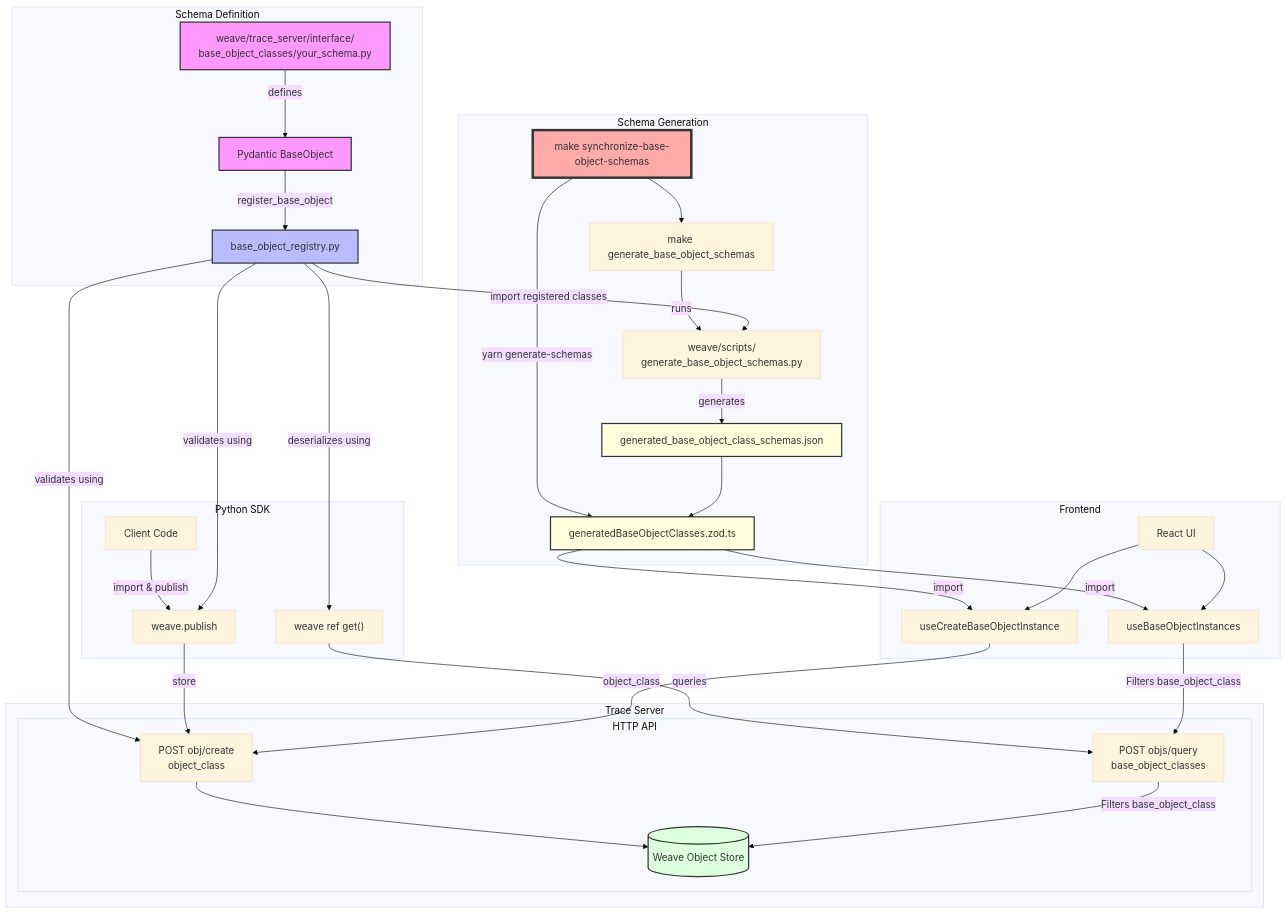
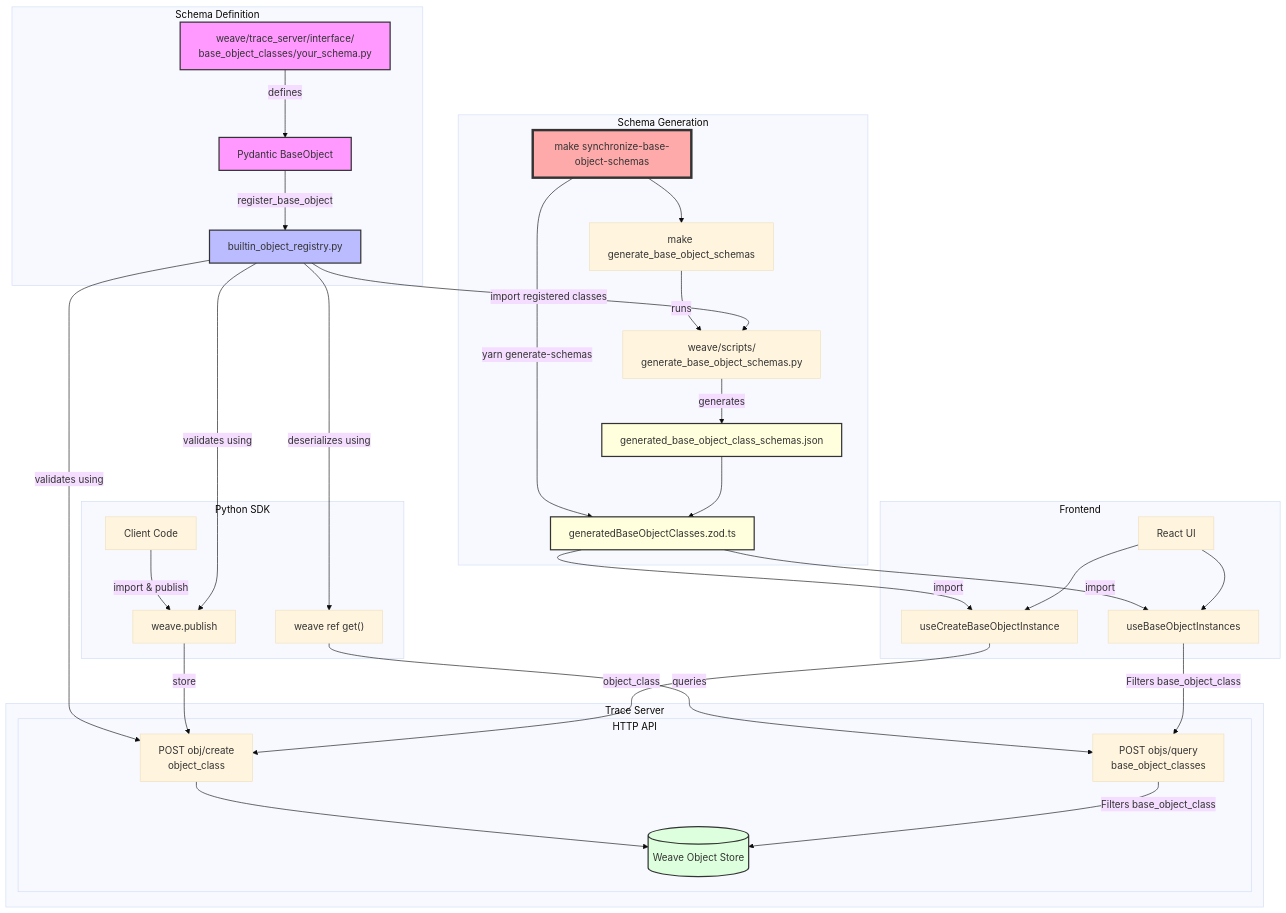
One commit to wandb/weave changed the diagram in dev_docs/BaseObjectClasses.md. Above: the diagram before and after it, drawn with Mermaid (base theme). The commit also changed other lines of this file and 6 other files, not shown here.

Commit message:
change to BUILTIN_OBJECT_REGISTRY

````diff
--- a/dev_docs/BaseObjectClasses.md
+++ b/dev_docs/BaseObjectClasses.md
@@ -170,49 +170,49 @@
 ```mermaid
 graph TD
     subgraph Schema Definition
         F["weave/trace_server/interface/<br>base_object_classes/your_schema.py"] --> |defines| P[Pydantic BaseObject]
-        P --> |register_base_object| R["base_object_registry.py"]
+        P --> |register_base_object| R["builtin_object_registry.py"]
     end
 
     subgraph Schema Generation
         M["make synchronize-base-object-schemas"] --> G["make generate_base_object_schemas"]
         G --> |runs| S["weave/scripts/<br>generate_base_object_schemas.py"]
         R --> |import registered classes| S
         S --> |generates| J["generated_base_object_class_schemas.json"]
         M --> |yarn generate-schemas| Z["generatedBaseObjectClasses.zod.ts"]
         J --> Z
     end
 
     subgraph "Trace Server"
         subgraph "HTTP API"
             R --> |validates using| HW["POST obj/create<br>object_class"]
             HW --> DB[(Weave Object Store)]
             HR["POST objs/query<br>base_object_classes"] --> |Filters base_object_class| DB
         end
     end
 
     subgraph "Python SDK"
         PW[Client Code] --> |import & publish| W[weave.publish]
         W --> |store| HW
         R --> |validates using| W
         PR["weave ref get()"] --> |queries| HR
         R --> |deserializes using| PR
     end
 
     subgraph "Frontend"
         Z --> |import| UBI["useBaseObjectInstances"]
         Z --> |import| UCI["useCreateBaseObjectInstance"]
         UBI --> |Filters base_object_class| HR
         UCI --> |object_class| HW
         UI[React UI] --> UBI
         UI --> UCI
     end
 
     style F fill:#f9f,stroke:#333,stroke-width:2px
     style P fill:#f9f,stroke:#333,stroke-width:2px
     style R fill:#bbf,stroke:#333,stroke-width:2px
     style DB fill:#dfd,stroke:#333,stroke-width:2px
     style J fill:#ffd,stroke:#333,stroke-width:2px
     style Z fill:#ffd,stroke:#333,stroke-width:2px
     style M fill:#faa,stroke:#333,stroke-width:4px
 ```
````
